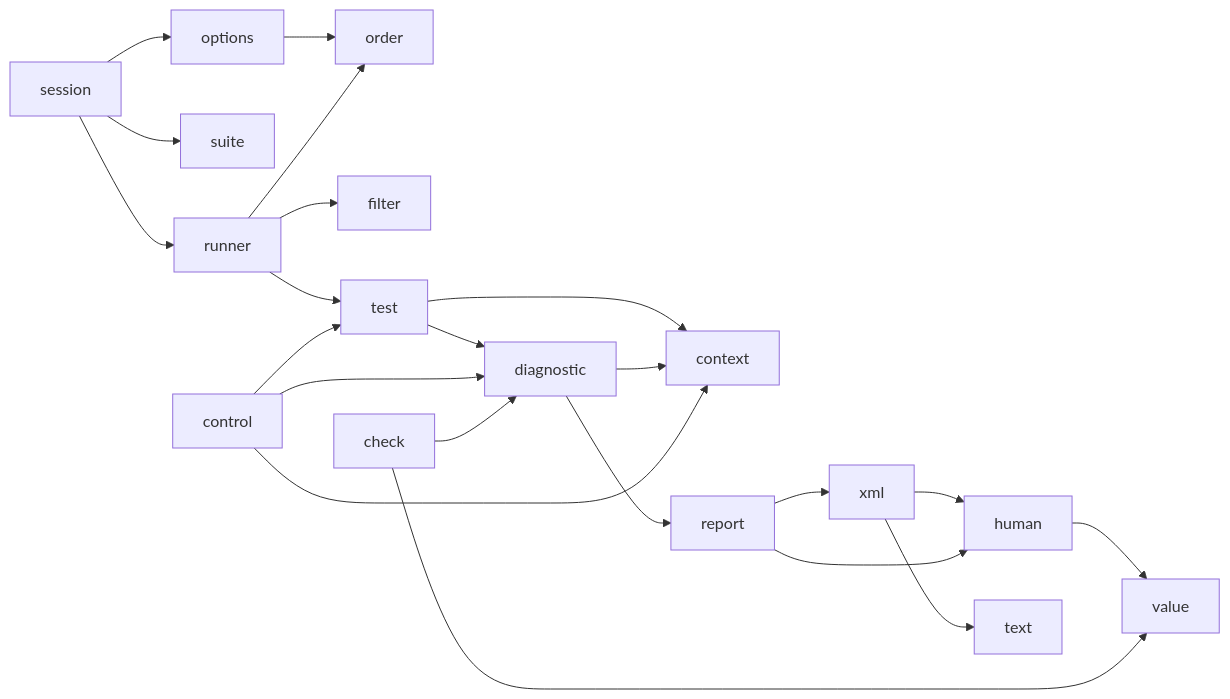
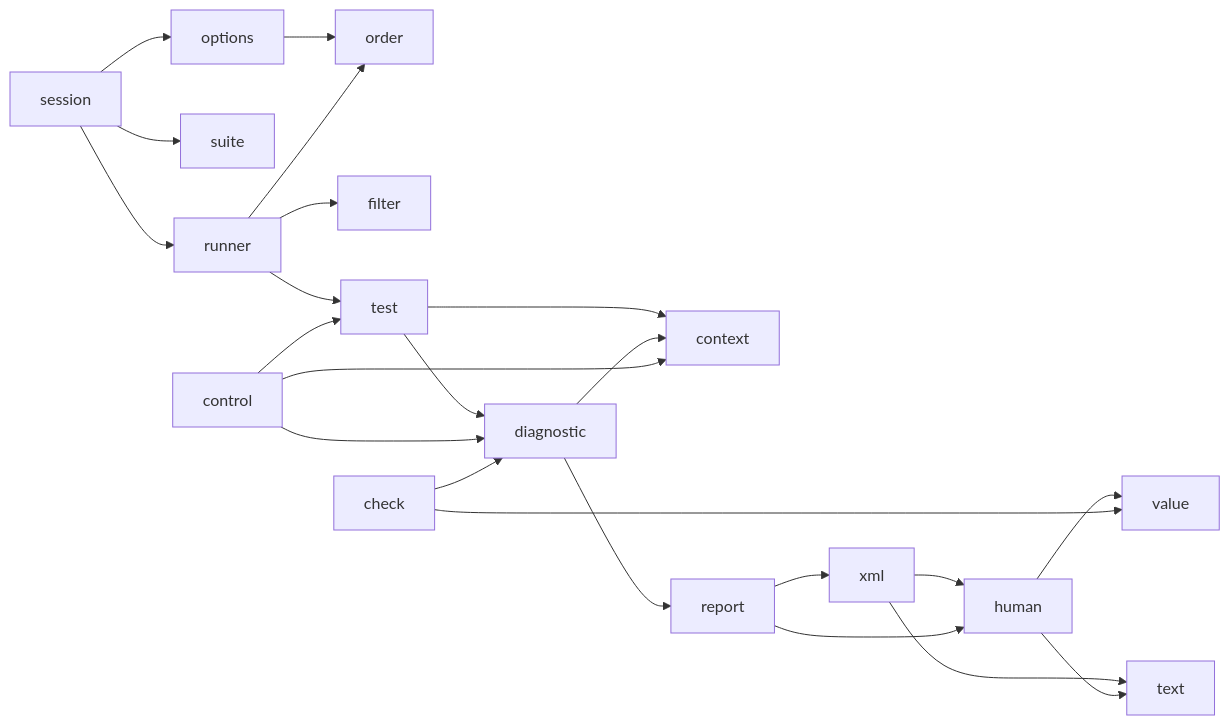
The diagram in docs/development/architecture.md (vabelorg/naos), drawn with Mermaid before and after one commit. The commit also changed 58 other files, not shown here.

````diff
--- a/docs/development/architecture.md
+++ b/docs/development/architecture.md
@@ -55,15 +55,15 @@
 ```mermaid
 flowchart LR
   session --> options --> order
   session --> suite
   session --> runner
   runner --> filter & order
   runner --> test --> diagnostic
   test --> context
   diagnostic --> context
   diagnostic --> report --> xml --> human --> value
-  xml --> text
+  xml & human --> text
   report --> human
   control --> test & diagnostic & context
   check --> diagnostic & value
 ```
````
